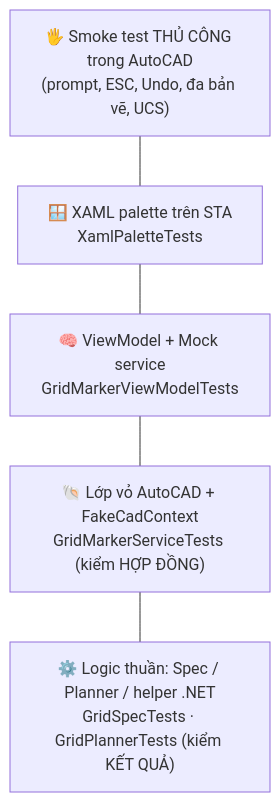
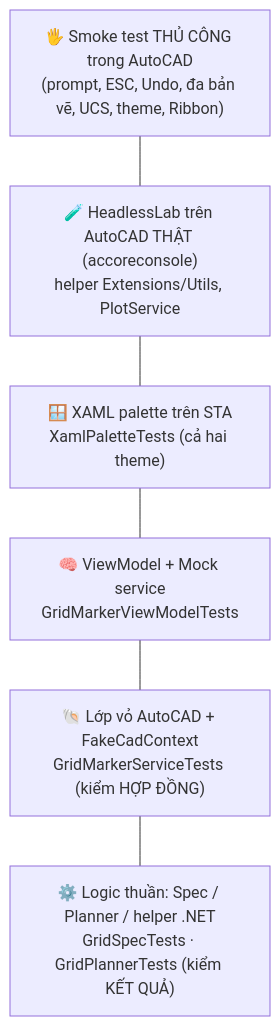
One commit to Tmphi/CadCoreFramework changed the diagram in docs/training/T05_TESTING_STRATEGY.md. Above: the diagram before and after it, drawn with Mermaid. The commit also changed other lines of this file and 15 other files, not shown here.

````diff
--- a/docs/training/T05_TESTING_STRATEGY.md
+++ b/docs/training/T05_TESTING_STRATEGY.md
@@ -26,9 +26,10 @@
 ```mermaid
 flowchart TB
-    M["🖐️ Smoke test THỦ CÔNG trong AutoCAD\n(prompt, ESC, Undo, đa bản vẽ, UCS)"]
-    X["🪟 XAML palette trên STA\nXamlPaletteTests"]
+    M["🖐️ Smoke test THỦ CÔNG trong AutoCAD\n(prompt, ESC, Undo, đa bản vẽ, UCS, theme, Ribbon)"]
+    H["🧪 HeadlessLab trên AutoCAD THẬT (accoreconsole)\nhelper Extensions/Utils, PlotService"]
+    X["🪟 XAML palette trên STA\nXamlPaletteTests (cả hai theme)"]
     V["🧠 ViewModel + Mock service\nGridMarkerViewModelTests"]
     S["🐚 Lớp vỏ AutoCAD + FakeCadContext\nGridMarkerServiceTests (kiểm HỢP ĐỒNG)"]
     P["⚙️ Logic thuần: Spec / Planner / helper .NET\nGridSpecTests · GridPlannerTests (kiểm KẾT QUẢ)"]
-    M --- X --- V --- S --- P
+    M --- H --- X --- V --- S --- P
 ```
````
